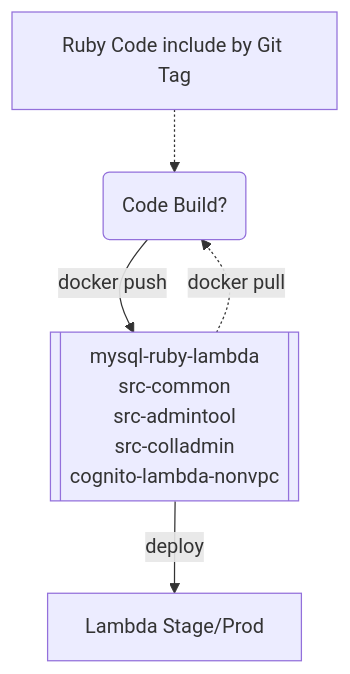
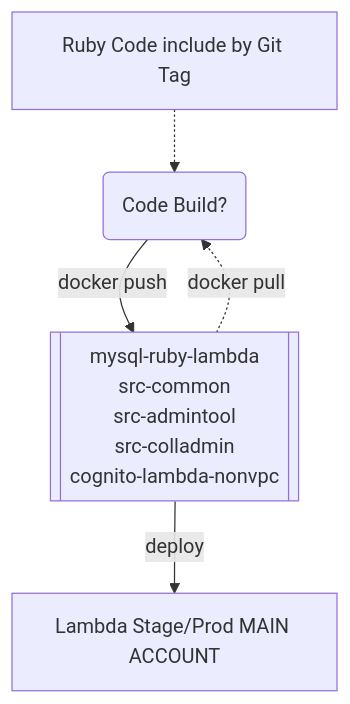
One commit to CDLUC3/mrt-doc changed the ninth of 11 diagrams in design/aws-build/README.md. Above: the diagram before and after it, drawn with Mermaid. The commit also changed other lines of this file, not shown here.

````diff
--- a/design/aws-build/README.md
+++ b/design/aws-build/README.md
@@ -226,17 +236,18 @@
 ```mermaid
 graph TD
   Build(Code Build?)
+  ECR[ECR MAIN ACCOUNT]
   Build --> |docker push| ECR
   ECR --> |deploy| Lambda
   ECR -.-> |docker pull| Build
-  Lambda[Lambda Stage/Prod]
+  Lambda[Lambda Stage/Prod MAIN ACCOUNT]
   Gems[Ruby Code include by Git Tag]
   Gems -.-> Build
   ECR[["`
     mysql-ruby-lambda
     src-common
     src-admintool
     src-colladmin
     cognito-lambda-nonvpc
   `"]]
 ```
````
